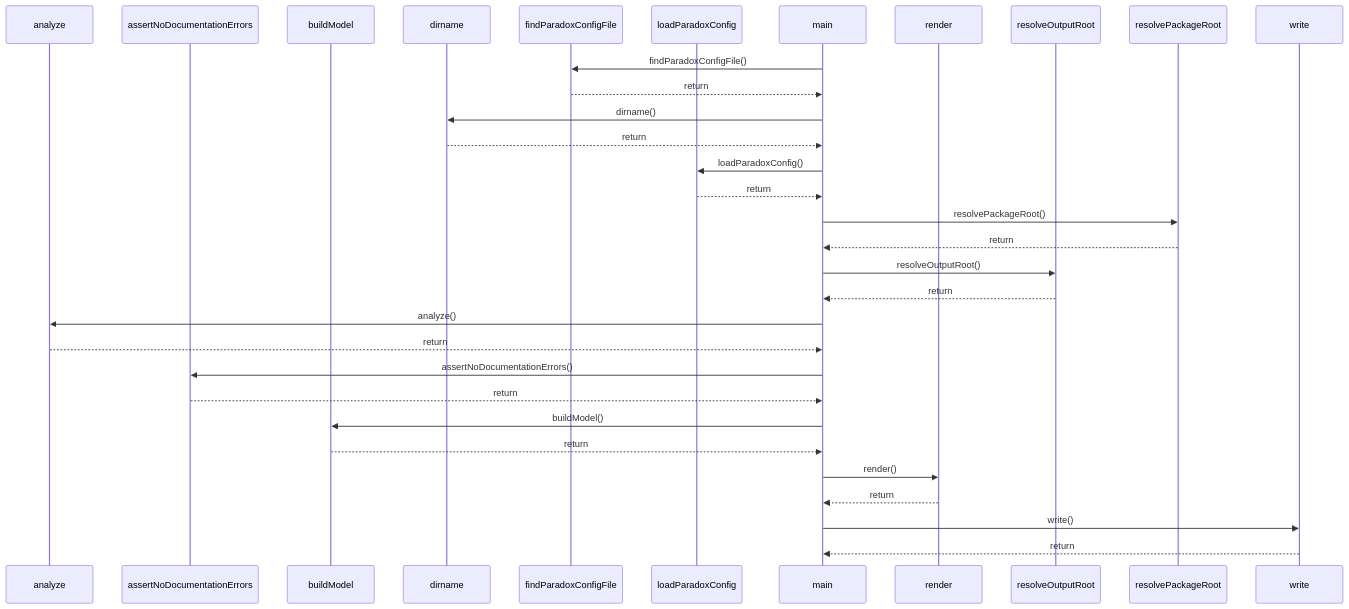
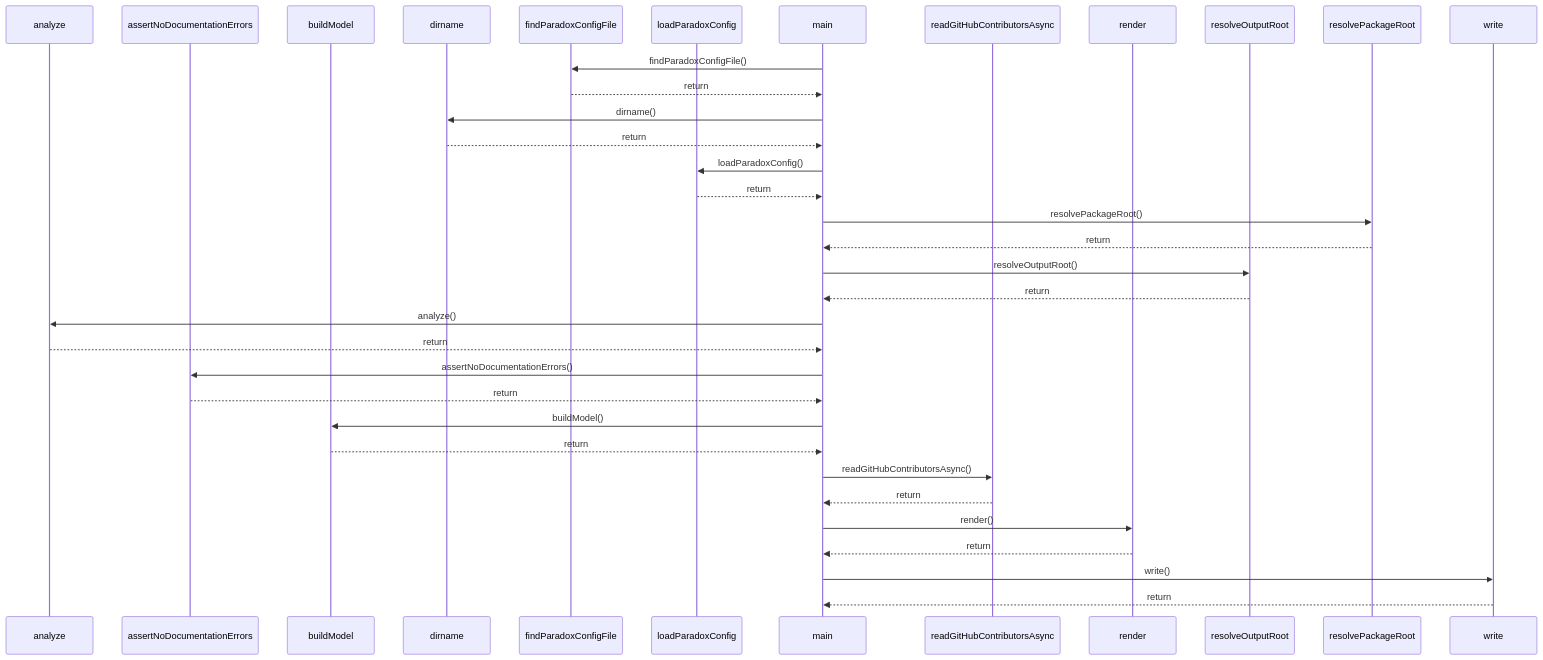
One commit to ankhorage/paradox changed the diagram in paradox/diagrams/sequences/paradox.mmd. Above: the diagram before and after it, drawn with Mermaid. The commit also changed 12 other files, not shown here.

```diff
--- a/paradox/diagrams/sequences/paradox.mmd
+++ b/paradox/diagrams/sequences/paradox.mmd
@@ -1,32 +1,35 @@
 sequenceDiagram
   participant participant_analyze as analyze
   participant participant_assertNoDocumentationErrors as assertNoDocumentationErrors
   participant participant_buildModel as buildModel
   participant participant_dirname as dirname
   participant participant_findParadoxConfigFile as findParadoxConfigFile
   participant participant_loadParadoxConfig as loadParadoxConfig
   participant participant_main as main
+  participant participant_readGitHubContributorsAsync as readGitHubContributorsAsync
   participant participant_render as render
   participant participant_resolveOutputRoot as resolveOutputRoot
   participant participant_resolvePackageRoot as resolvePackageRoot
   participant participant_write as write
   participant_main->>participant_findParadoxConfigFile: findParadoxConfigFile()
   participant_findParadoxConfigFile-->>participant_main: return
   participant_main->>participant_dirname: dirname()
   participant_dirname-->>participant_main: return
   participant_main->>participant_loadParadoxConfig: loadParadoxConfig()
   participant_loadParadoxConfig-->>participant_main: return
   participant_main->>participant_resolvePackageRoot: resolvePackageRoot()
   participant_resolvePackageRoot-->>participant_main: return
   participant_main->>participant_resolveOutputRoot: resolveOutputRoot()
   participant_resolveOutputRoot-->>participant_main: return
   participant_main->>participant_analyze: analyze()
   participant_analyze-->>participant_main: return
   participant_main->>participant_assertNoDocumentationErrors: assertNoDocumentationErrors()
   participant_assertNoDocumentationErrors-->>participant_main: return
   participant_main->>participant_buildModel: buildModel()
   participant_buildModel-->>participant_main: return
+  participant_main->>participant_readGitHubContributorsAsync: readGitHubContributorsAsync()
+  participant_readGitHubContributorsAsync-->>participant_main: return
   participant_main->>participant_render: render()
   participant_render-->>participant_main: return
   participant_main->>participant_write: write()
   participant_write-->>participant_main: return
```
